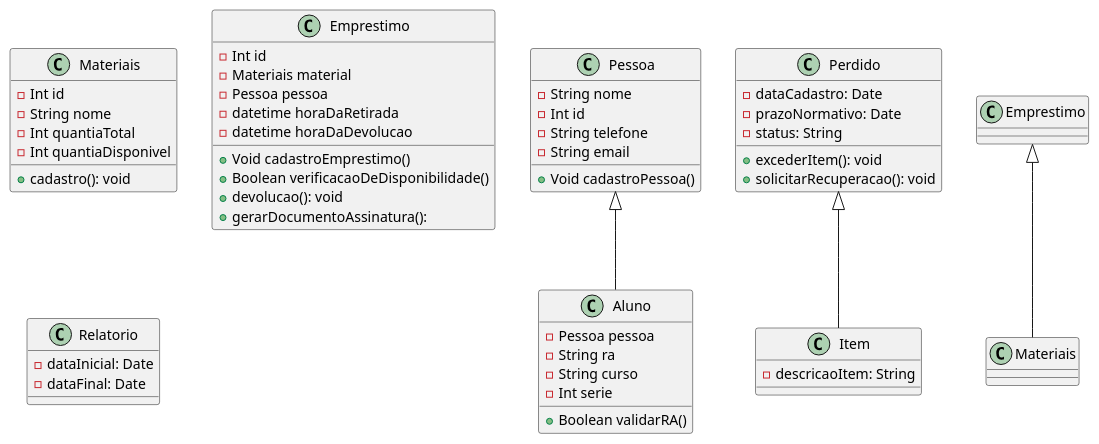
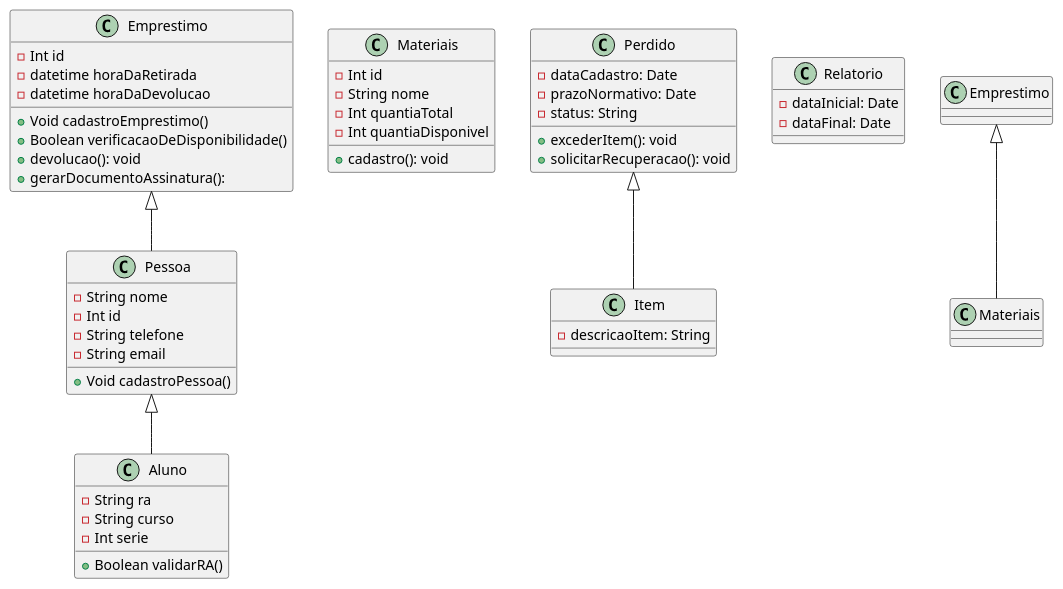
The diagram in diagramaDeClasse.puml (danielalvesmoura/APS-Compartilhado), drawn with PlantUML before and after one commit.

```diff
--- a/diagramaDeClasse.puml
+++ b/diagramaDeClasse.puml
@@ -1,64 +1,63 @@
 @startuml   
 
 class "Pessoa" as pes{
     -String nome
     -Int id
     -String telefone
     -String email
 
     +Void cadastroPessoa()
 }
  
 class "Aluno" as alu{
-    -Pessoa pessoa
     -String ra
     -String curso
     -Int serie
 
     +Boolean validarRA()
 }
 
 class "Materiais" as mat{
     -Int id
     -String nome
     -Int quantiaTotal
     -Int quantiaDisponivel
 
     +cadastro(): void
 }
 
 class "Emprestimo" as emp{
     -Int id
-    -Materiais material
-    -Pessoa pessoa
     -datetime horaDaRetirada
     -datetime horaDaDevolucao
 
     +Void cadastroEmprestimo()
     +Boolean verificacaoDeDisponibilidade()
     +devolucao(): void
     +gerarDocumentoAssinatura(): 
 }
 
 class Perdido {
     -dataCadastro: Date
     -prazoNormativo: Date
     -status: String
     +excederItem(): void
     +solicitarRecuperacao(): void
 }
 
 class Relatorio {
     -dataInicial: Date
     -dataFinal: Date
 }
 
 class Item {
     -descricaoItem: String  
 }
 
 pes <|-- alu
 Emprestimo <|-- Materiais
 Perdido <|-- Item
+emp <|-- pes
+
 
 @enduml
```
